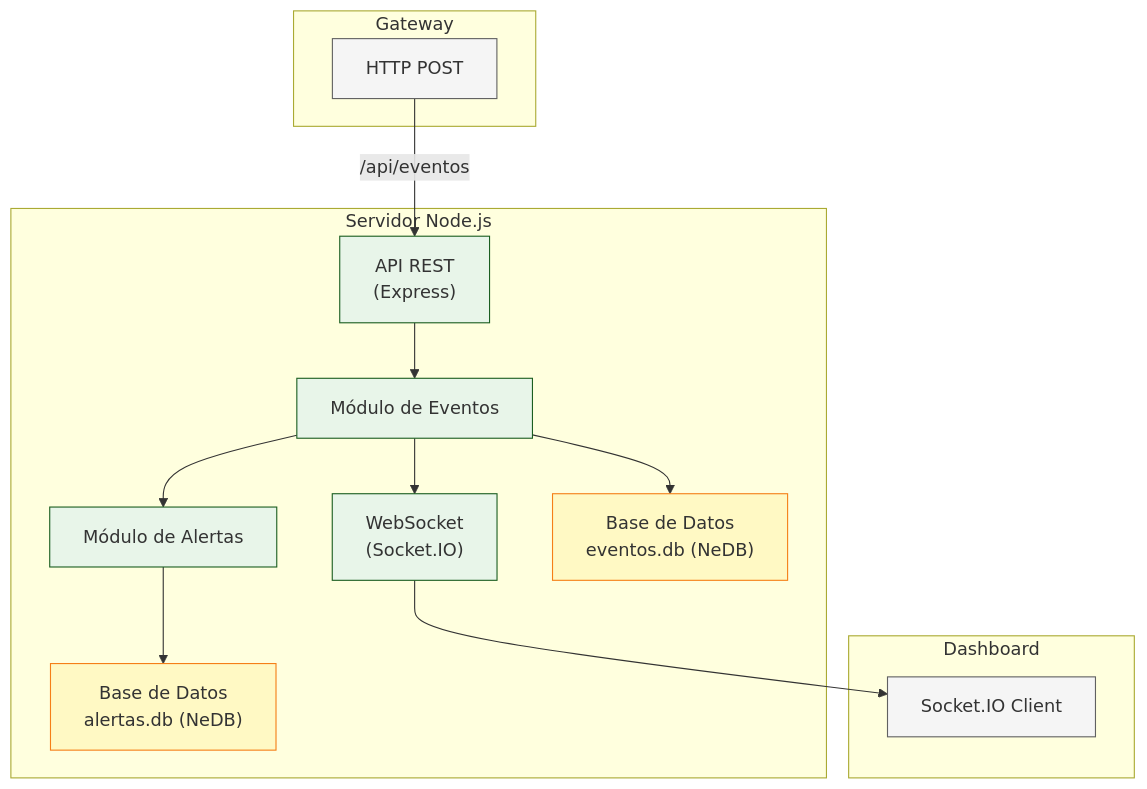
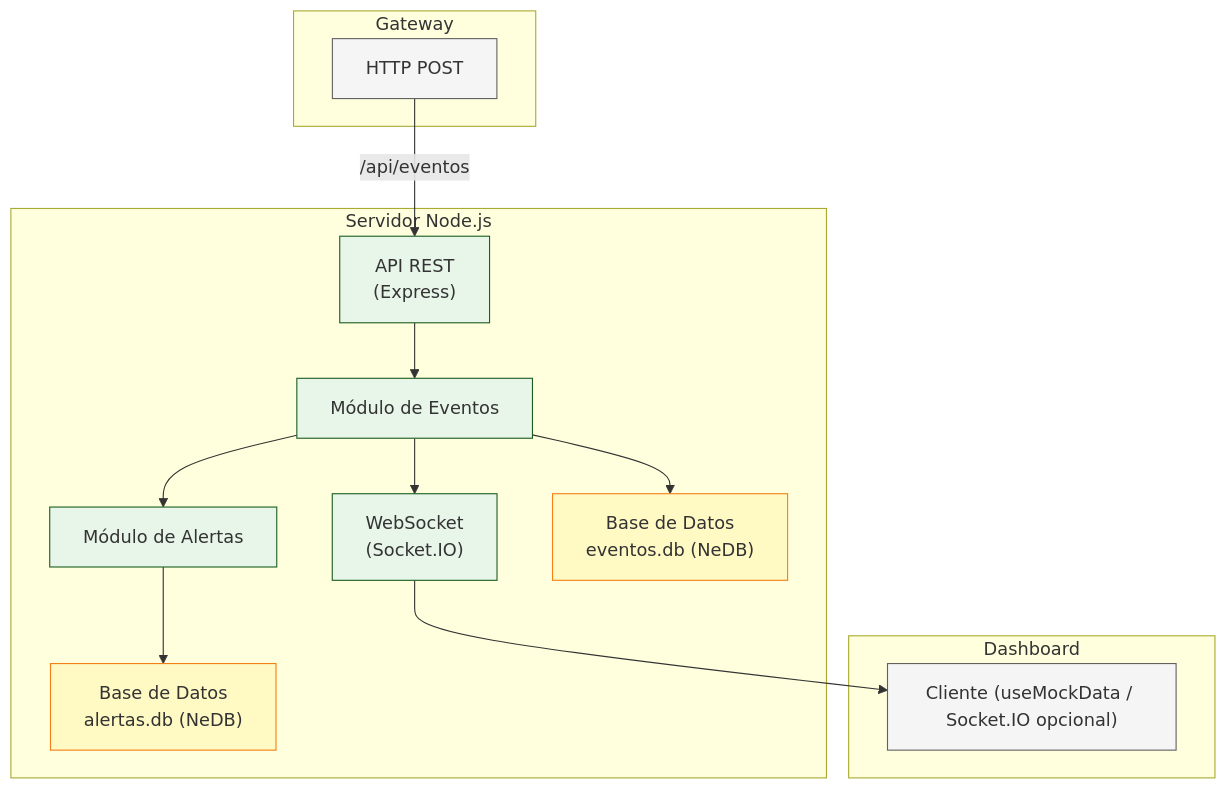
Before and after one commit to pinto0528/alpa: the third of 5 diagrams in Documentacion/Solucion_propuesta/Diagramas/diagramas.md, drawn with Mermaid. The commit also changed other lines of this file and 9 other files, not shown here.

````diff
--- a/Documentacion/Solucion_propuesta/Diagramas/diagramas.md
+++ b/Documentacion/Solucion_propuesta/Diagramas/diagramas.md
@@ -100,34 +100,34 @@
 ```mermaid
 graph TD
     subgraph "Servidor Node.js"
         API["API REST<br/>(Express)"]
         WS["WebSocket<br/>(Socket.IO)"]
         EV["Módulo de Eventos"]
         AL["Módulo de Alertas"]
         DB_E["Base de Datos<br/>eventos.db (NeDB)"]
         DB_A["Base de Datos<br/>alertas.db (NeDB)"]
     end
 
     subgraph "Gateway"
         GW["HTTP POST"]
     end
 
     subgraph "Dashboard"
-        CL["Socket.IO Client"]
+        CL["Cliente (useMockData / Socket.IO opcional)"]
     end
 
     GW -->|"/api/eventos"| API
     API --> EV
     EV --> DB_E
     EV --> AL
     AL --> DB_A
     EV --> WS
     WS --> CL
 
     classDef server fill:#e8f5e9,stroke:#1b5e20
     classDef db fill:#fff9c4,stroke:#f57f17
     classDef ext fill:#f5f5f5,stroke:#616161
     class API,WS,EV,AL server
     class DB_E,DB_A db
     class GW,CL ext
 ```
````
